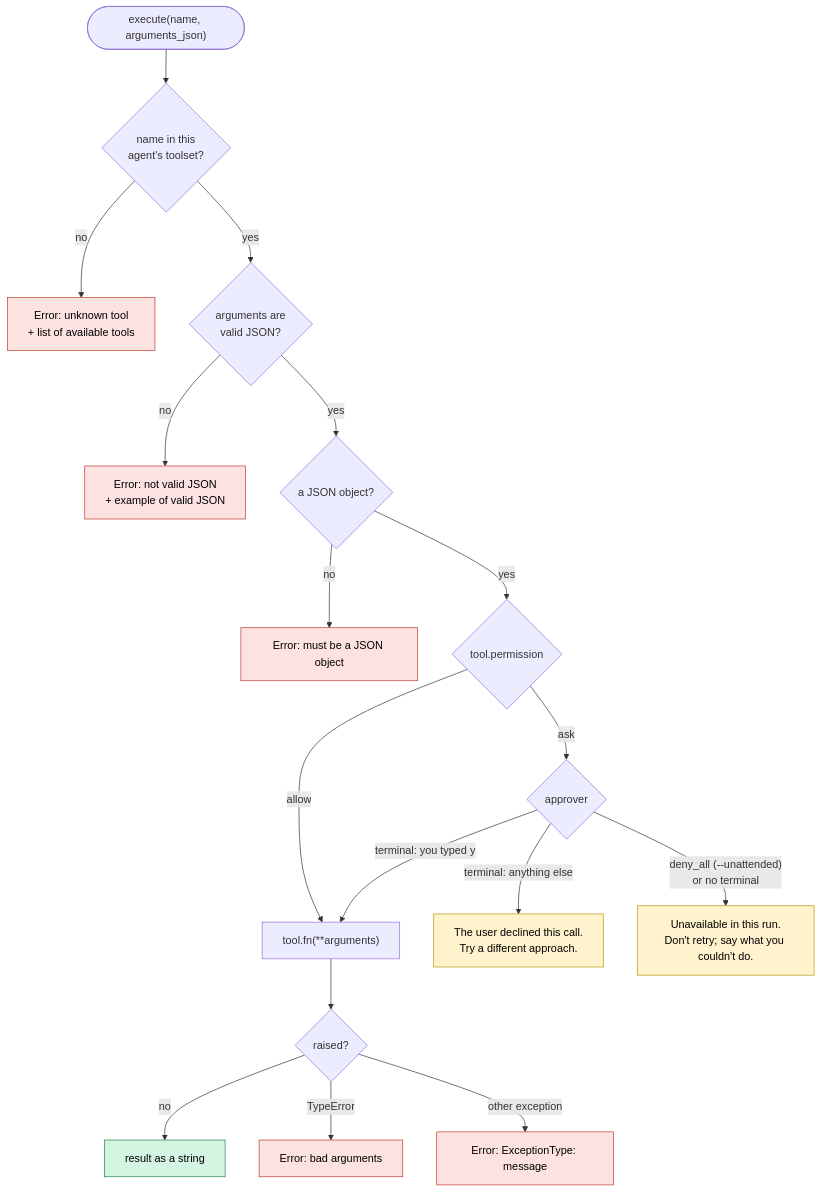
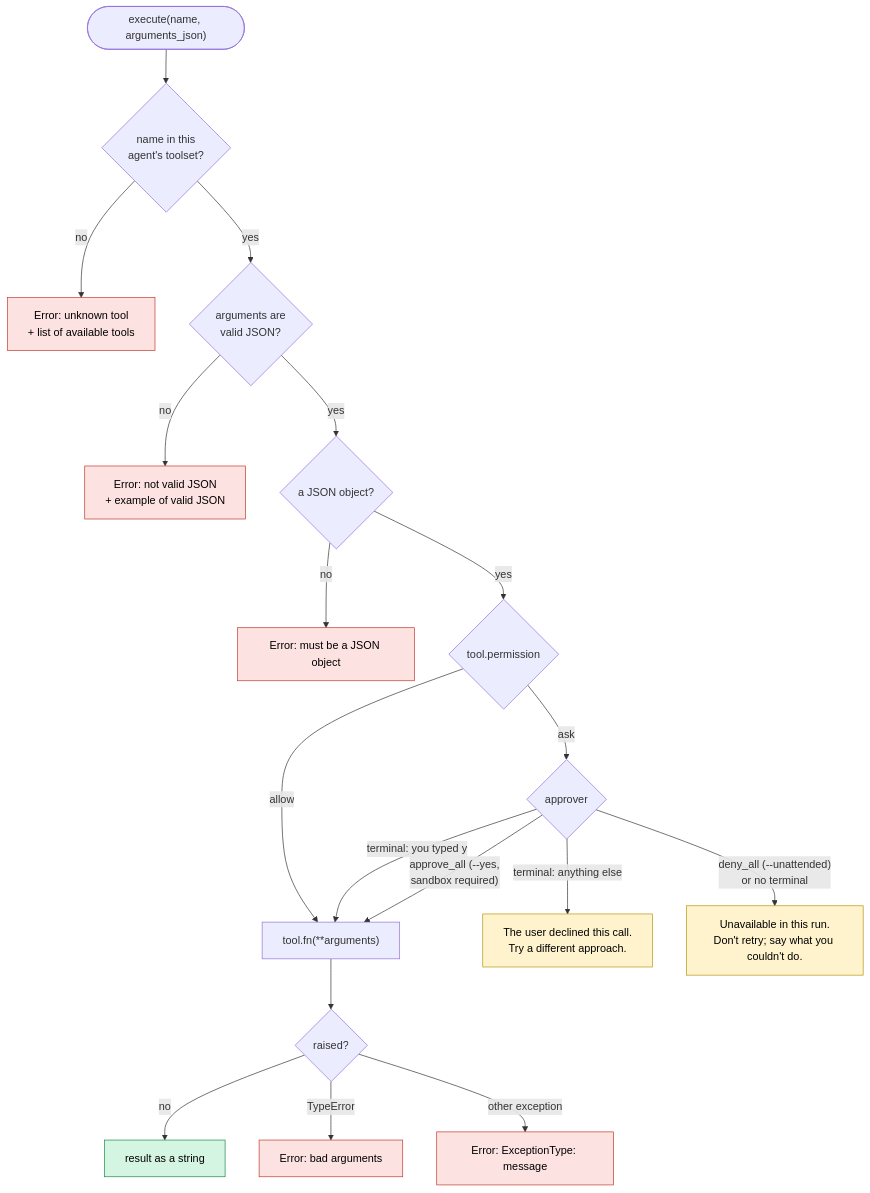
One commit to adgnvtefc/orchestra changed the third of 4 diagrams in visual_representation.md. Above: the diagram before and after it, drawn with Mermaid. The commit also changed other lines of this file and 7 other files, not shown here.

````diff
--- a/visual_representation.md
+++ b/visual_representation.md
@@ -148,26 +148,27 @@
 ```mermaid
 flowchart TD
     start(["execute(name, arguments_json)"]) --> known{"name in this<br/>agent's toolset?"}
     known -->|no| e1["Error: unknown tool<br/>+ list of available tools"]
     known -->|yes| parse{"arguments are<br/>valid JSON?"}
     parse -->|no| e2["Error: not valid JSON<br/>+ example of valid JSON"]
     parse -->|yes| obj{"a JSON object?"}
     obj -->|no| e3["Error: must be a JSON object"]
     obj -->|yes| perm{"tool.permission"}
     perm -->|allow| runfn
     perm -->|ask| approver{"approver"}
     approver -->|"terminal: you typed y"| runfn
     approver -->|"terminal: anything else"| r1["The user declined this call.<br/>Try a different approach."]
     approver -->|"deny_all (--unattended)<br/>or no terminal"| r2["Unavailable in this run.<br/>Don't retry; say what you couldn't do."]
+    approver -->|"approve_all (--yes,<br/>sandbox required)"| runfn
     runfn["tool.fn(**arguments)"] --> ok{"raised?"}
     ok -->|no| result["result as a string"]
     ok -->|TypeError| e4["Error: bad arguments"]
     ok -->|other exception| e5["Error: ExceptionType: message"]
 
     classDef err fill:#fde2e2,stroke:#c0392b,color:#000
     classDef refuse fill:#fff3cd,stroke:#b7950b,color:#000
     classDef good fill:#d5f5e3,stroke:#1e8449,color:#000
     class e1,e2,e3,e4,e5 err
     class r1,r2 refuse
     class result good
 ```
````
